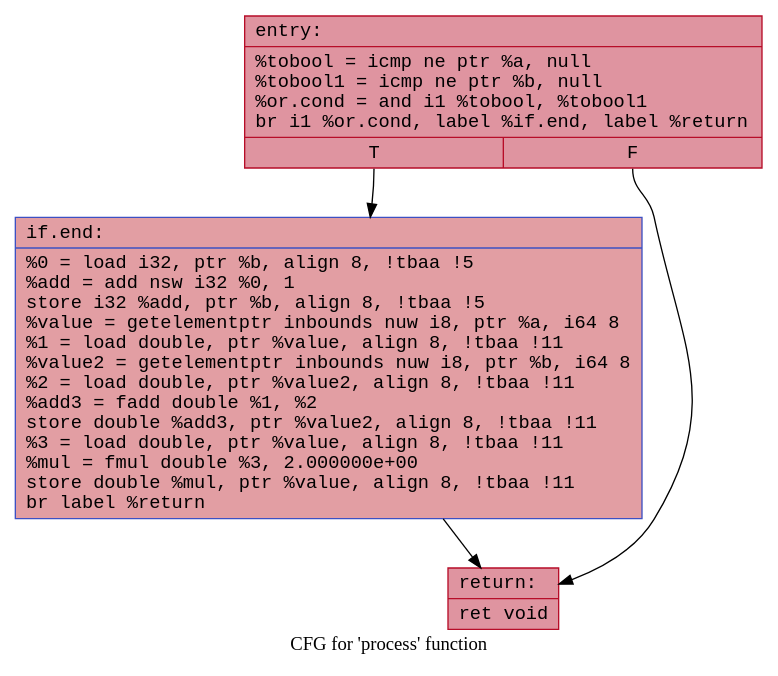
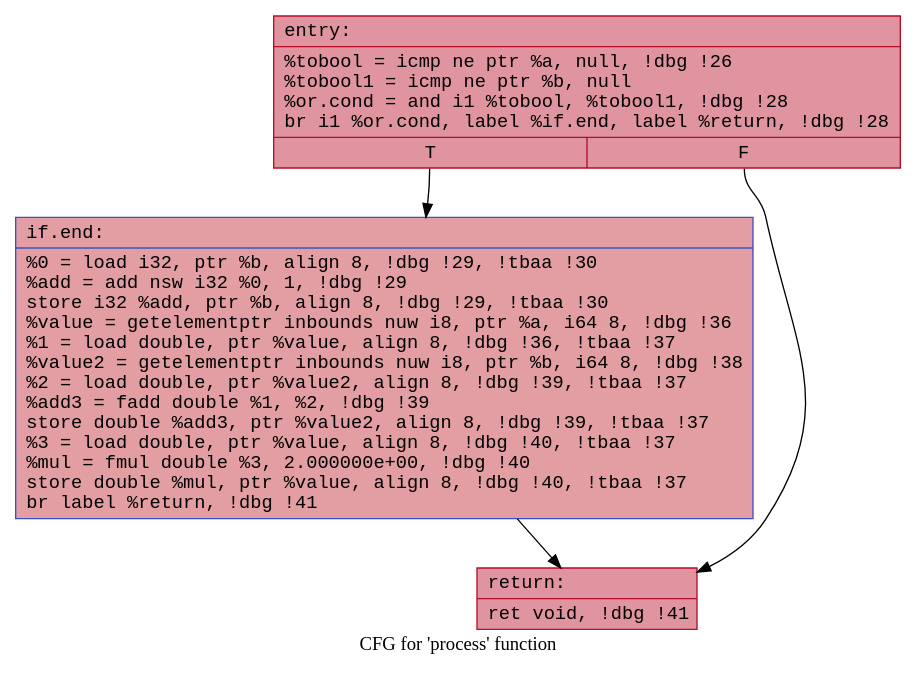
The diagram in csrc/.process.dot (drdavis65/rust-ffi-test), drawn with Graphviz before and after one commit. The commit also changed 19 other files, not shown here.

```diff
--- a/csrc/.process.dot
+++ b/csrc/.process.dot
@@ -1,10 +1,10 @@
 digraph "CFG for 'process' function" {
 	label="CFG for 'process' function";
 
-	Node0x55d2f88da920 [shape=record,color="#b70d28ff", style=filled, fillcolor="#b70d2870" fontname="Courier",label="{entry:\l|  %tobool = icmp ne ptr %a, null\l  %tobool1 = icmp ne ptr %b, null\l  %or.cond = and i1 %tobool, %tobool1\l  br i1 %or.cond, label %if.end, label %return\l|{<s0>T|<s1>F}}"];
-	Node0x55d2f88da920:s0 -> Node0x55d2f88daf90;
-	Node0x55d2f88da920:s1 -> Node0x55d2f88db4e0;
-	Node0x55d2f88daf90 [shape=record,color="#3d50c3ff", style=filled, fillcolor="#be242e70" fontname="Courier",label="{if.end:\l|  %0 = load i32, ptr %b, align 8, !tbaa !5\l  %add = add nsw i32 %0, 1\l  store i32 %add, ptr %b, align 8, !tbaa !5\l  %value = getelementptr inbounds nuw i8, ptr %a, i64 8\l  %1 = load double, ptr %value, align 8, !tbaa !11\l  %value2 = getelementptr inbounds nuw i8, ptr %b, i64 8\l  %2 = load double, ptr %value2, align 8, !tbaa !11\l  %add3 = fadd double %1, %2\l  store double %add3, ptr %value2, align 8, !tbaa !11\l  %3 = load double, ptr %value, align 8, !tbaa !11\l  %mul = fmul double %3, 2.000000e+00\l  store double %mul, ptr %value, align 8, !tbaa !11\l  br label %return\l}"];
-	Node0x55d2f88daf90 -> Node0x55d2f88db4e0;
-	Node0x55d2f88db4e0 [shape=record,color="#b70d28ff", style=filled, fillcolor="#b70d2870" fontname="Courier",label="{return:\l|  ret void\l}"];
+	Node0x55a173f775d0 [shape=record,color="#b70d28ff", style=filled, fillcolor="#b70d2870" fontname="Courier",label="{entry:\l|  %tobool = icmp ne ptr %a, null, !dbg !26\l  %tobool1 = icmp ne ptr %b, null\l  %or.cond = and i1 %tobool, %tobool1, !dbg !28\l  br i1 %or.cond, label %if.end, label %return, !dbg !28\l|{<s0>T|<s1>F}}"];
+	Node0x55a173f775d0:s0 -> Node0x55a173f79800;
+	Node0x55a173f775d0:s1 -> Node0x55a173f7b100;
+	Node0x55a173f79800 [shape=record,color="#3d50c3ff", style=filled, fillcolor="#be242e70" fontname="Courier",label="{if.end:\l|  %0 = load i32, ptr %b, align 8, !dbg !29, !tbaa !30\l  %add = add nsw i32 %0, 1, !dbg !29\l  store i32 %add, ptr %b, align 8, !dbg !29, !tbaa !30\l  %value = getelementptr inbounds nuw i8, ptr %a, i64 8, !dbg !36\l  %1 = load double, ptr %value, align 8, !dbg !36, !tbaa !37\l  %value2 = getelementptr inbounds nuw i8, ptr %b, i64 8, !dbg !38\l  %2 = load double, ptr %value2, align 8, !dbg !39, !tbaa !37\l  %add3 = fadd double %1, %2, !dbg !39\l  store double %add3, ptr %value2, align 8, !dbg !39, !tbaa !37\l  %3 = load double, ptr %value, align 8, !dbg !40, !tbaa !37\l  %mul = fmul double %3, 2.000000e+00, !dbg !40\l  store double %mul, ptr %value, align 8, !dbg !40, !tbaa !37\l  br label %return, !dbg !41\l}"];
+	Node0x55a173f79800 -> Node0x55a173f7b100;
+	Node0x55a173f7b100 [shape=record,color="#b70d28ff", style=filled, fillcolor="#b70d2870" fontname="Courier",label="{return:\l|  ret void, !dbg !41\l}"];
 }
```
